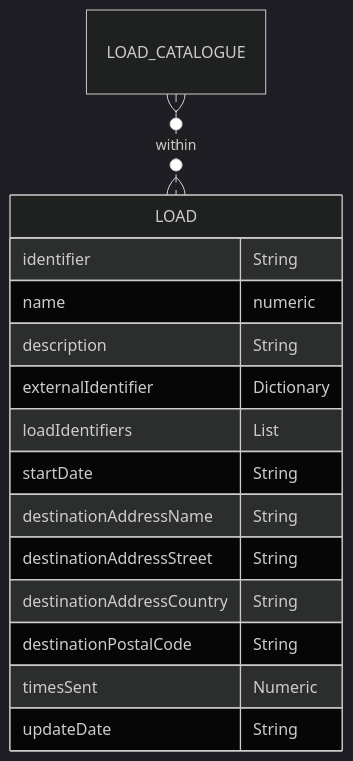
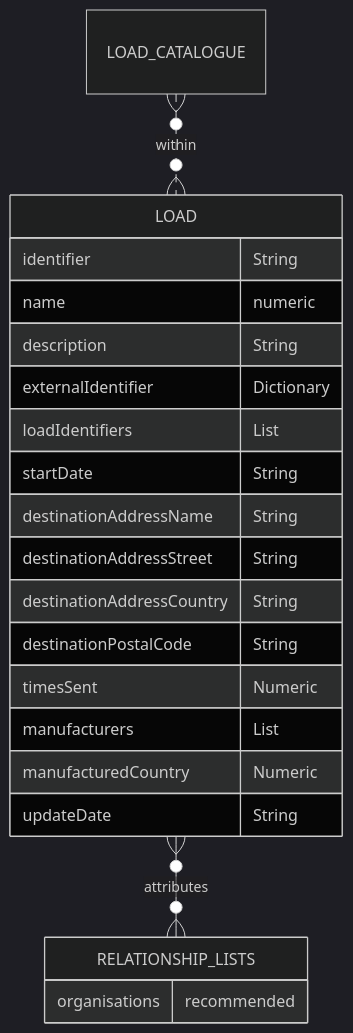
Before and after one commit to OpenDataManchester/Open3P: the diagram in docs/3_Data_Specification/3_7_Load.md, drawn with Mermaid (dark theme). The commit also changed other lines of this file, not shown here.

Commit message:
Added organisations and countries to load

````diff
--- a/docs/3_Data_Specification/3_7_Load.md
+++ b/docs/3_Data_Specification/3_7_Load.md
@@ -29,18 +31,24 @@
 ``` mermaid
 erDiagram
 LOAD_CATALOGUE }o..o{ LOAD : within
   LOAD {
     identifier String
     name numeric
     description String
     externalIdentifier Dictionary
     loadIdentifiers List
     startDate String
     destinationAddressName String
     destinationAddressStreet String
     destinationAddressCountry String
     destinationPostalCode String
     timesSent Numeric
+    manufacturers List
+    manufacturedCountry Numeric
     updateDate String
   }
+  LOAD }o--o{ RELATIONSHIP_LISTS : attributes
+  RELATIONSHIP_LISTS {
+      organisations recommended
+    }
 ```
````
